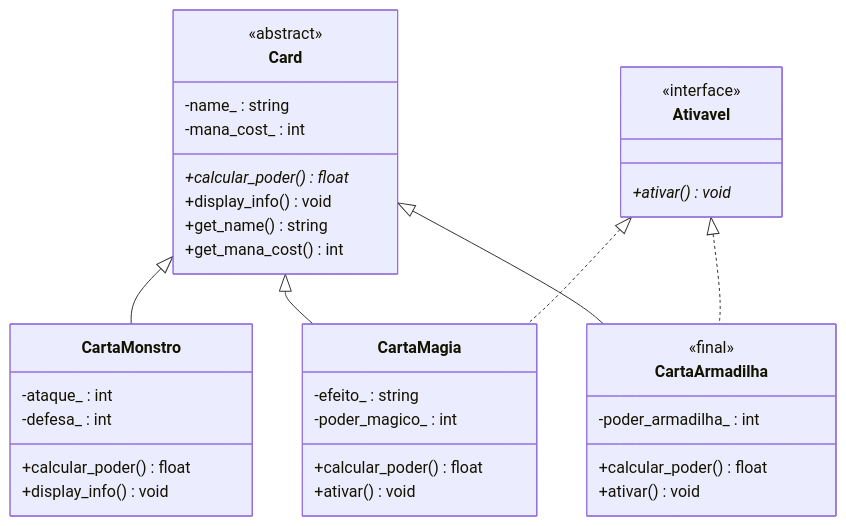
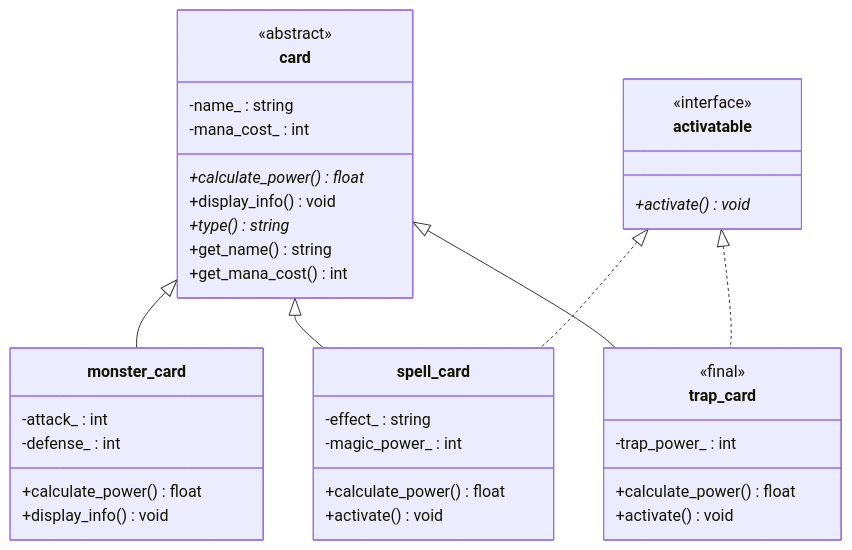
Before and after one commit to LucasAprOli/Sistema-base-para-jogo-de-Cartas: the diagram in README.md, drawn with Mermaid. The commit also changed other lines of this file and 9 other files, not shown here.

````diff
--- a/README.md
+++ b/README.md
@@ -35,44 +37,45 @@
 ```mermaid
 classDiagram
-    class Card {
+    class card {
         <<abstract>>
         -name_ : string
         -mana_cost_ : int
-        +calcular_poder() float*
+        +calculate_power() float*
         +display_info() void
+        +type() string*
         +get_name() string
         +get_mana_cost() int
     }
 
-    class Ativavel {
+    class activatable {
         <<interface>>
-        +ativar() void*
+        +activate() void*
     }
 
-    class CartaMonstro {
-        -ataque_ : int
-        -defesa_ : int
-        +calcular_poder() float
+    class monster_card {
+        -attack_ : int
+        -defense_ : int
+        +calculate_power() float
         +display_info() void
     }
 
-    class CartaMagia {
-        -efeito_ : string
-        -poder_magico_ : int
-        +calcular_poder() float
-        +ativar() void
+    class spell_card {
+        -effect_ : string
+        -magic_power_ : int
+        +calculate_power() float
+        +activate() void
     }
 
-    class CartaArmadilha {
+    class trap_card {
         <<final>>
-        -poder_armadilha_ : int
-        +calcular_poder() float
-        +ativar() void
+        -trap_power_ : int
+        +calculate_power() float
+        +activate() void
     }
 
-    Card <|-- CartaMonstro
-    Card <|-- CartaMagia
-    Card <|-- CartaArmadilha
-    Ativavel <|.. CartaMagia
-    Ativavel <|.. CartaArmadilha
+    card <|-- monster_card
+    card <|-- spell_card
+    card <|-- trap_card
+    activatable <|.. spell_card
+    activatable <|.. trap_card
 ```
````
